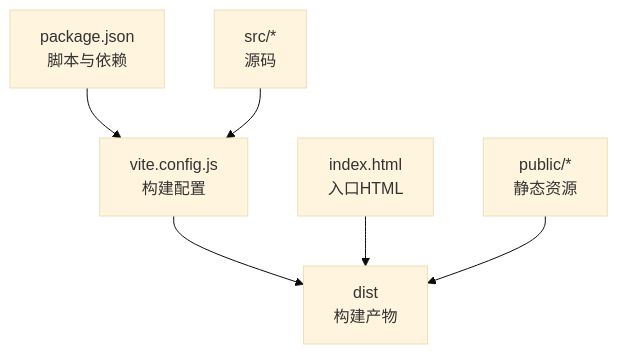
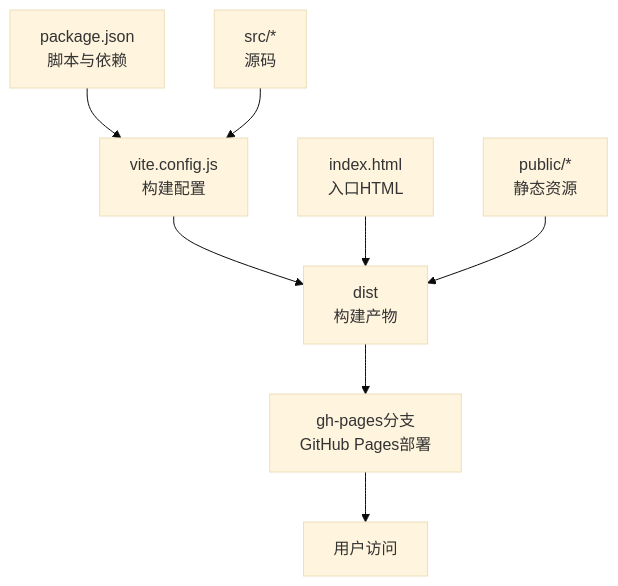
The first of 3 diagrams in .qoder/repowiki/zh/content/部署指南.md (lithos666/lithos666.github.io), drawn with Mermaid (base theme) before and after one commit. The commit also changed other lines of this file and 26 other files, not shown here.

````diff
--- a/.qoder/repowiki/zh/content/部署指南.md
+++ b/.qoder/repowiki/zh/content/部署指南.md
@@ -35,8 +44,10 @@
 ```mermaid
 graph TB
 A["package.json<br/>脚本与依赖"] --> B["vite.config.js<br/>构建配置"]
 B --> C["dist<br/>构建产物"]
 D["index.html<br/>入口HTML"] --> C
 E["src/*<br/>源码"] --> B
 F["public/*<br/>静态资源"] --> C
+G["gh-pages分支<br/>GitHub Pages部署"] --> H["用户访问"]
+C --> G
 ```
````
